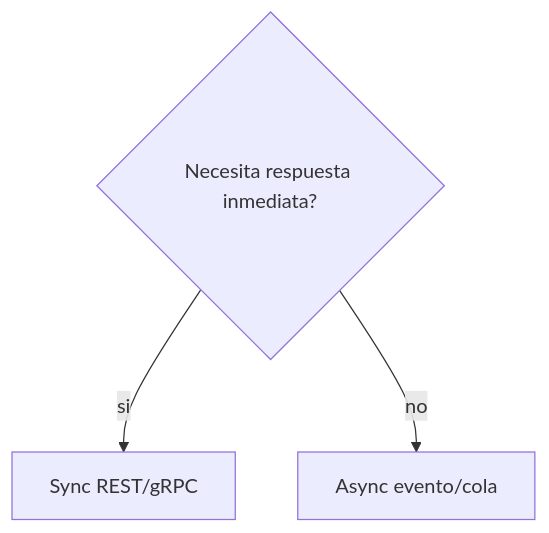
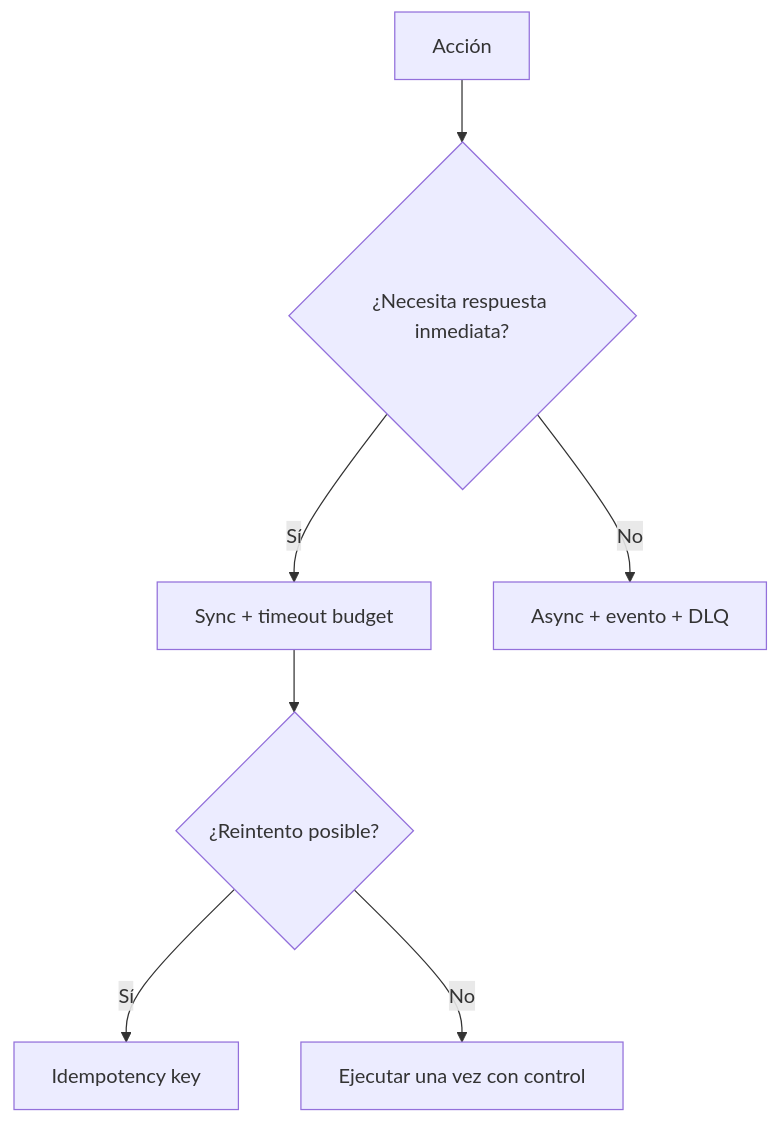
Before and after one commit to NICORUIZ93/The_Imperial_Book: the fourth of 5 diagrams in web/public/content/spring-microservices/modulo-5.md, drawn with Mermaid. The commit also changed other lines of this file, not shown here.

````diff
--- a/web/public/content/spring-microservices/modulo-5.md
+++ b/web/public/content/spring-microservices/modulo-5.md
@@ -153,5 +513,9 @@
 ```mermaid
 flowchart TD
-  Q{Necesita respuesta inmediata?} -->|si| S[Sync REST/gRPC]
-  Q -->|no| A[Async evento/cola]
+  A[Acción] --> B{¿Necesita respuesta inmediata?}
+  B -->|Sí| S[Sync + timeout budget]
+  B -->|No| Q[Async + evento + DLQ]
+  S --> C{¿Reintento posible?}
+  C -->|Sí| I[Idempotency key]
+  C -->|No| D[Ejecutar una vez con control]
 ```
````
